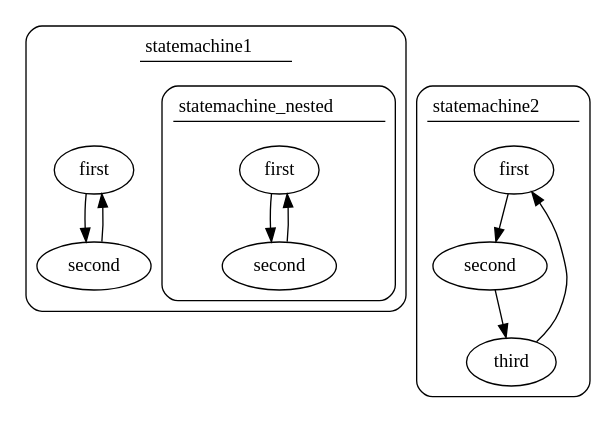
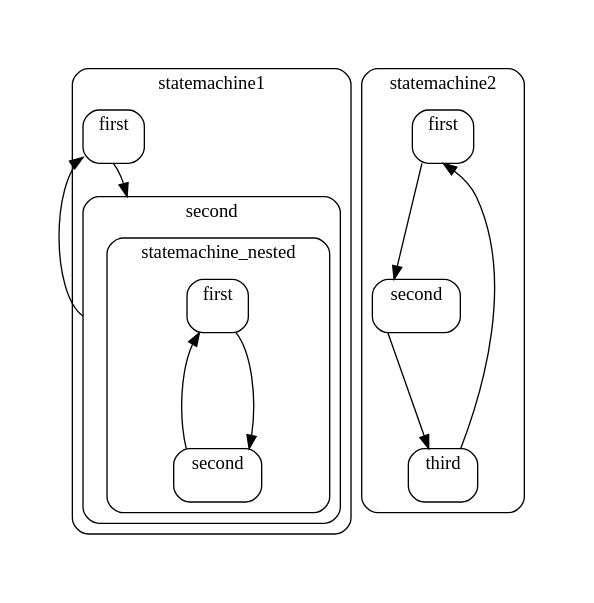
One commit to dasmuli/cstatecharts changed the diagram in test.dot. Above: the diagram before and after it, drawn with Graphviz. The commit also changed 5 other files, not shown here.

Commit message:
Added better output for statechart diagram.

```diff
--- a/test.dot
+++ b/test.dot
@@ -1,36 +1,57 @@
 digraph D {
 compound=true
-subgraph cluster_statemachine1 {
+graph [pad="0.5", nodesep="1", ranksep="1.75"];subgraph cluster_statemachine1 {
 style = rounded
-  label = < <table cellborder="0" border="0"> <tr><td width="47" >statemachine1</td></tr><hr/>   <tr><td></td></tr> </table> >;
-"statemachine1_first" [label = "first"];
-"statemachine1_second" [label = "second"];
-statemachine1_first -> statemachine1_second
-"statemachine1_second" [label = "second"];
-"statemachine1_first" [label = "first"];
-statemachine1_second -> statemachine1_first
+  label = statemachine1
+subgraph cluster_statemachine1_first {
+style = rounded
+label = first
+statemachine1_first_C [ style=invis, shape = plaintext, label="", height=0, width=0 ];
+}
+statemachine1_first_C -> statemachine1_second_C [ltail=cluster_statemachine1_first lhead=cluster_statemachine1_second ];
+subgraph cluster_statemachine1_second {
+style = rounded
+label = second
+statemachine1_second_C [ style=invis, shape = plaintext, label="", height=0, width=0 ];
 subgraph cluster_statemachine_nested {
 style = rounded
-  label = < <table cellborder="0" border="0"> <tr><td width="47" >statemachine_nested</td></tr><hr/>   <tr><td></td></tr> </table> >;
-"statemachine_nested_first" [label = "first"];
-"statemachine_nested_second" [label = "second"];
-statemachine_nested_first -> statemachine_nested_second
-"statemachine_nested_second" [label = "second"];
-"statemachine_nested_first" [label = "first"];
-statemachine_nested_second -> statemachine_nested_first
+  label = statemachine_nested
+subgraph cluster_statemachine_nested_first {
+style = rounded
+label = first
+statemachine_nested_first_C [ style=invis, shape = plaintext, label="", height=0, width=0 ];
 }
+statemachine_nested_first_C -> statemachine_nested_second_C [ltail=cluster_statemachine_nested_first lhead=cluster_statemachine_nested_second ];
+subgraph cluster_statemachine_nested_second {
+style = rounded
+label = second
+statemachine_nested_second_C [ style=invis, shape = plaintext, label="", height=0, width=0 ];
+}
+statemachine_nested_second_C -> statemachine_nested_first_C [ltail=cluster_statemachine_nested_second lhead=cluster_statemachine_nested_first ];
+}
+}
+statemachine1_second_C -> statemachine1_first_C [ltail=cluster_statemachine1_second lhead=cluster_statemachine1_first ];
 }
 subgraph cluster_statemachine2 {
 style = rounded
-  label = < <table cellborder="0" border="0"> <tr><td width="47" >statemachine2</td></tr><hr/>   <tr><td></td></tr> </table> >;
-"statemachine2_first" [label = "first"];
-"statemachine2_second" [label = "second"];
-statemachine2_first -> statemachine2_second
-"statemachine2_second" [label = "second"];
-"statemachine2_third" [label = "third"];
-statemachine2_second -> statemachine2_third
-"statemachine2_third" [label = "third"];
-"statemachine2_first" [label = "first"];
-statemachine2_third -> statemachine2_first
+  label = statemachine2
+subgraph cluster_statemachine2_first {
+style = rounded
+label = first
+statemachine2_first_C [ style=invis, shape = plaintext, label="", height=0, width=0 ];
+}
+statemachine2_first_C -> statemachine2_second_C [ltail=cluster_statemachine2_first lhead=cluster_statemachine2_second ];
+subgraph cluster_statemachine2_second {
+style = rounded
+label = second
+statemachine2_second_C [ style=invis, shape = plaintext, label="", height=0, width=0 ];
+}
+statemachine2_second_C -> statemachine2_third_C [ltail=cluster_statemachine2_second lhead=cluster_statemachine2_third ];
+subgraph cluster_statemachine2_third {
+style = rounded
+label = third
+statemachine2_third_C [ style=invis, shape = plaintext, label="", height=0, width=0 ];
+}
+statemachine2_third_C -> statemachine2_first_C [ltail=cluster_statemachine2_third lhead=cluster_statemachine2_first ];
 }
 }
```
